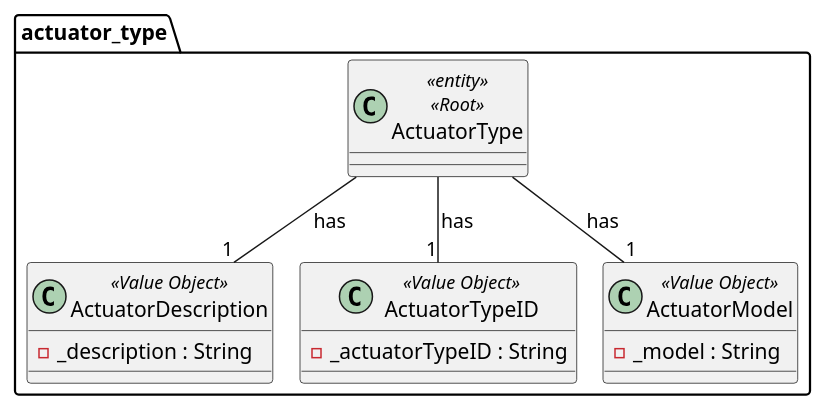
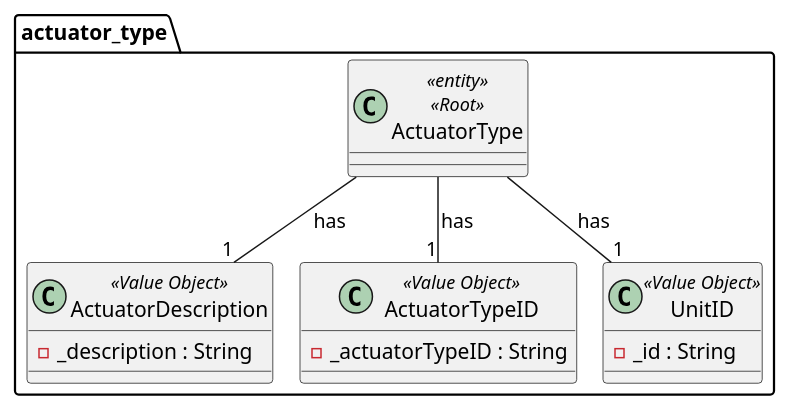
The diagram in docs/ooa/4.agreggateModels/ActuatorType.puml (olivDiogo/SmartHome), drawn with PlantUML before and after one commit. The commit also changed 18 other files, not shown here.

Commit message:
fix: minor correction to the aggregate diagrams - closes #346

```diff
--- a/docs/ooa/4.agreggateModels/ActuatorType.puml
+++ b/docs/ooa/4.agreggateModels/ActuatorType.puml
@@ -1,23 +1,23 @@
 @startuml
 !pragma layout smetana
 
 package actuator_type {
 class ActuatorType<<entity>><<Root>> {
 }
 
 class ActuatorDescription<<Value Object>> {
     - _description : String
 }
 class ActuatorTypeID<<Value Object>> {
     - _actuatorTypeID : String
 }
-class ActuatorModel<<Value Object>> {
-    - _model : String
+class UnitID<<Value Object>> {
+    - _id : String
 }
 
 ActuatorType  -- "1" ActuatorDescription : has
 ActuatorType  -- "1" ActuatorTypeID : has
-ActuatorType  -- "1" ActuatorModel : has
+ActuatorType  -- "1" UnitID : has
 }
 
 @enduml
```
